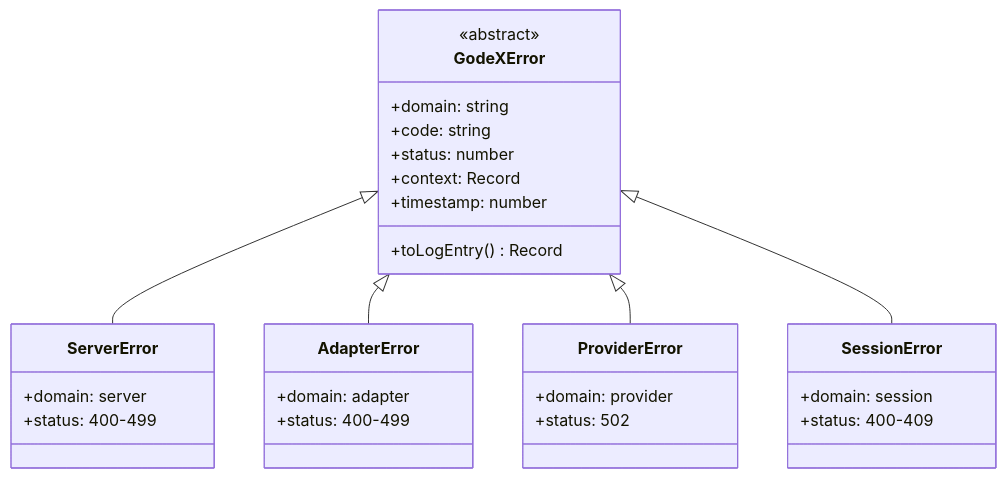
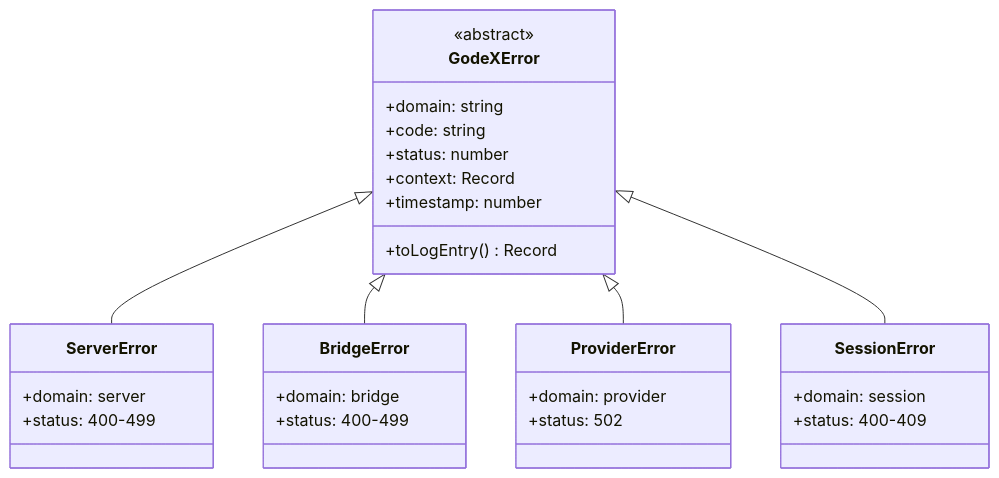
One commit to zamelee/GodeX changed the diagram in wiki/06-error-handling/error-hierarchy.md. Above: the diagram before and after it, drawn with Mermaid. The commit also changed other lines of this file and 46 other files, not shown here.

````diff
--- a/wiki/06-error-handling/error-hierarchy.md
+++ b/wiki/06-error-handling/error-hierarchy.md
@@ -13,39 +13,39 @@
 ```mermaid
 classDiagram
   direction TB
 
   class GodeXError {
     <<abstract>>
     +domain: string
     +code: string
     +status: number
     +context: Record
     +timestamp: number
     +toLogEntry() Record
   }
 
   class ServerError {
     +domain: server
     +status: 400-499
   }
 
-  class AdapterError {
-    +domain: adapter
+  class BridgeError {
+    +domain: bridge
     +status: 400-499
   }
 
   class ProviderError {
     +domain: provider
     +status: 502
   }
 
   class SessionError {
     +domain: session
     +status: 400-409
   }
 
   GodeXError <|-- ServerError
-  GodeXError <|-- AdapterError
+  GodeXError <|-- BridgeError
   GodeXError <|-- ProviderError
   GodeXError <|-- SessionError
 ```
````
